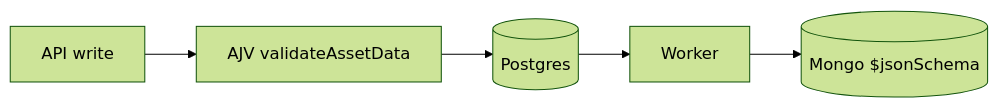
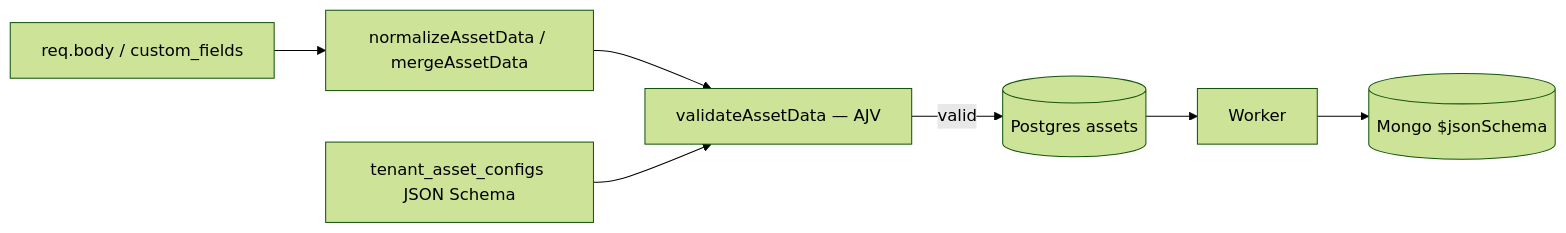
One commit to msroot/voda_ai_homework changed the fifth of 8 diagrams in ARCHITECTURE.md. Above: the diagram before and after it, drawn with Mermaid (forest theme). The commit also changed other lines of this file, not shown here.

````diff
--- a/ARCHITECTURE.md
+++ b/ARCHITECTURE.md
@@ -258,11 +243,15 @@
 ```mermaid
 flowchart LR
-  API[API write]
-  AJV[AJV validateAssetData]
-  PG[(Postgres)]
+  BODY[req.body / custom_fields]
+  NORM[normalizeAssetData / mergeAssetData]
+  CFG[tenant_asset_configs JSON Schema]
+  AJV[validateAssetData — AJV]
+  PG[(Postgres assets)]
   W[Worker]
   MONGO[(Mongo $jsonSchema)]
 
-  API --> AJV --> PG
+  BODY --> NORM --> AJV
+  CFG --> AJV
+  AJV -->|valid| PG
   PG --> W --> MONGO
 ```
````
